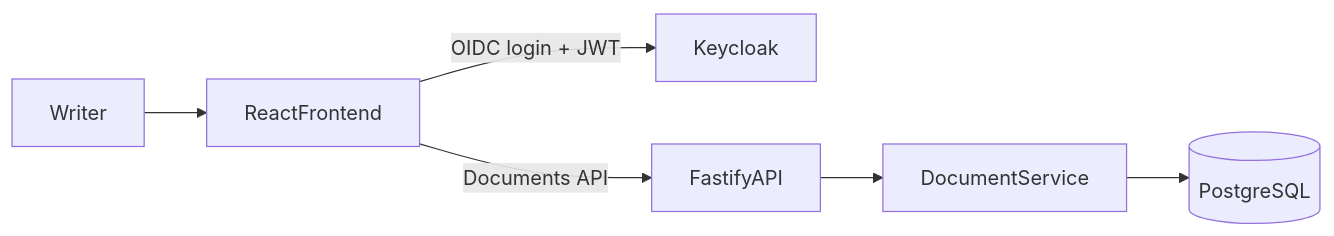
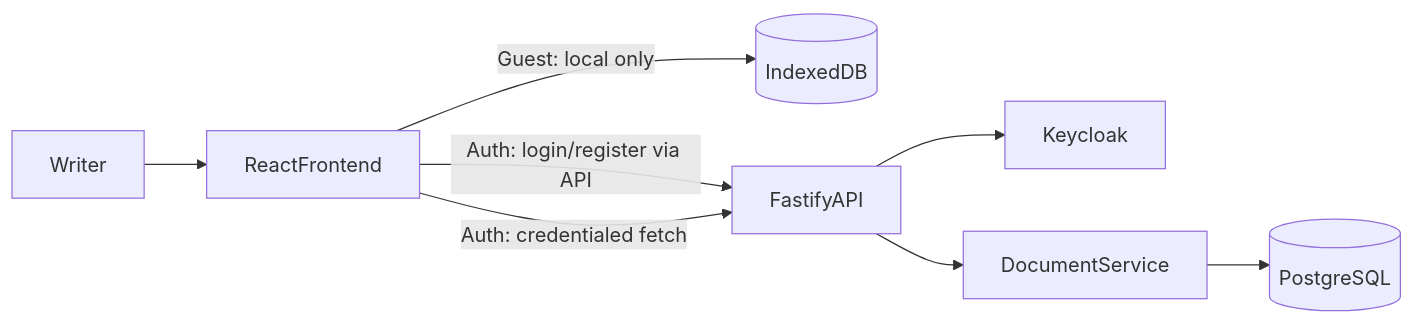
The diagram in docs/specs/user-story-1-basic-editor-spec.md (TommyKolb/GlossaDocs), drawn with Mermaid before and after one commit. The commit also changed other lines of this file and 10 other files, not shown here.

````diff
--- a/docs/specs/user-story-1-basic-editor-spec.md
+++ b/docs/specs/user-story-1-basic-editor-spec.md
@@ -19,8 +30,10 @@
 ```mermaid
 flowchart LR
   user[Writer] --> fe[ReactFrontend]
-  fe -->|"OIDC login + JWT"| auth[Keycloak]
-  fe -->|"Documents API"| api[FastifyAPI]
+  fe -->|"Guest: local only"| idb[(IndexedDB)]
+  fe -->|"Auth: login/register via API"| api[FastifyAPI]
+  api --> kc[Keycloak]
+  fe -->|"Auth: credentialed fetch"| api
   api --> docSvc[DocumentService]
   docSvc --> pg[(PostgreSQL)]
 ```
````
